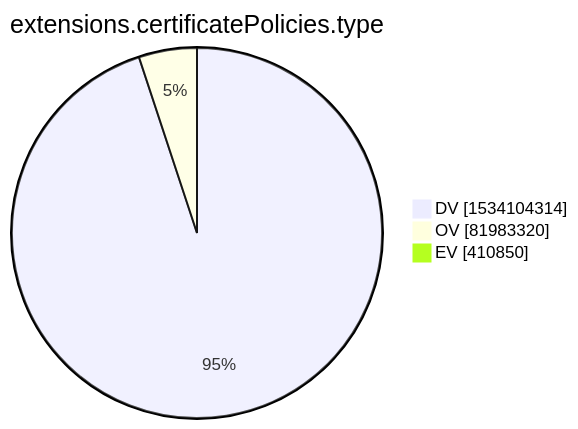
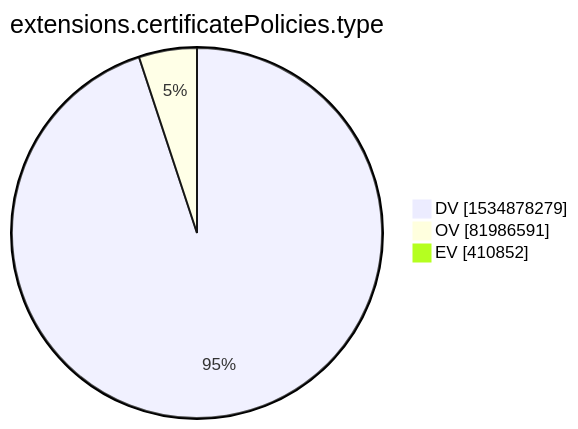
The tenth of 15 diagrams in xenon2022/README.md (christiankrug/ctmonitor_visualization), drawn with Mermaid before and after one commit. The commit also changed other lines of this file, not shown here.

````diff
--- a/xenon2022/README.md
+++ b/xenon2022/README.md
@@ -2875,7 +2875,7 @@
 ```mermaid
 pie showData
 title extensions.certificatePolicies.type
-"DV" :1534104314
-"OV" :81983320
-"EV" :410850
+"DV" :1534878279
+"OV" :81986591
+"EV" :410852
 ```
````
